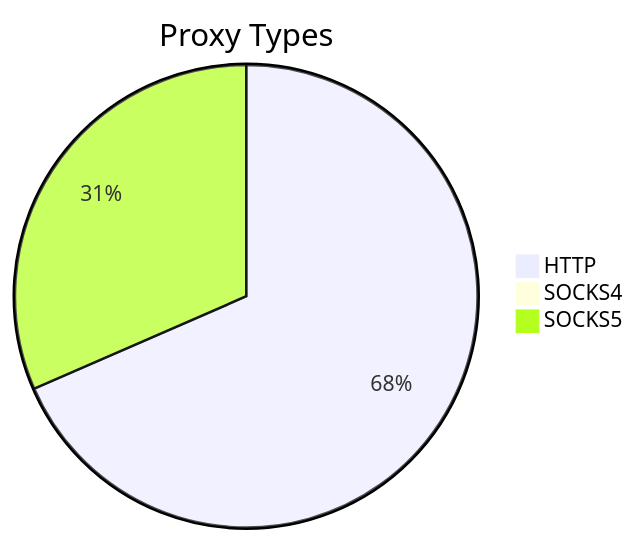
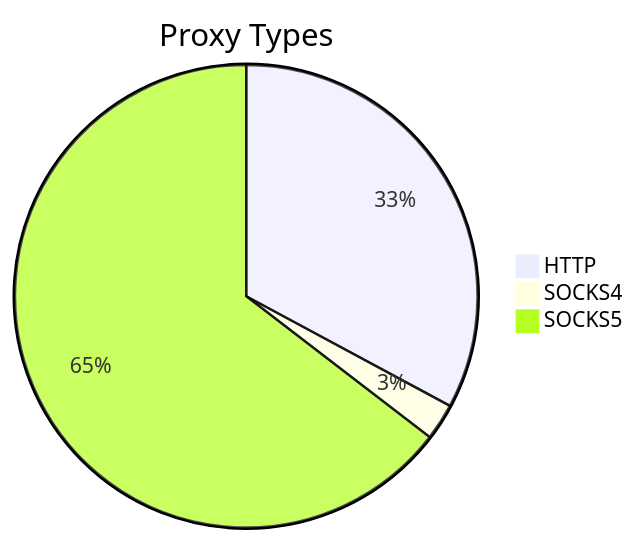
The first of 2 diagrams in README.md (stormsia/proxy-list), drawn with Mermaid before and after one commit. The commit also changed other lines of this file, not shown here.

````diff
--- a/README.md
+++ b/README.md
@@ -21,6 +21,6 @@
 ```mermaid
 pie title Proxy Types
-    "HTTP" : 2064
-    "SOCKS4" : 17
-    "SOCKS5" : 951
+    "HTTP" : 461
+    "SOCKS4" : 36
+    "SOCKS5" : 906
 ```
````
